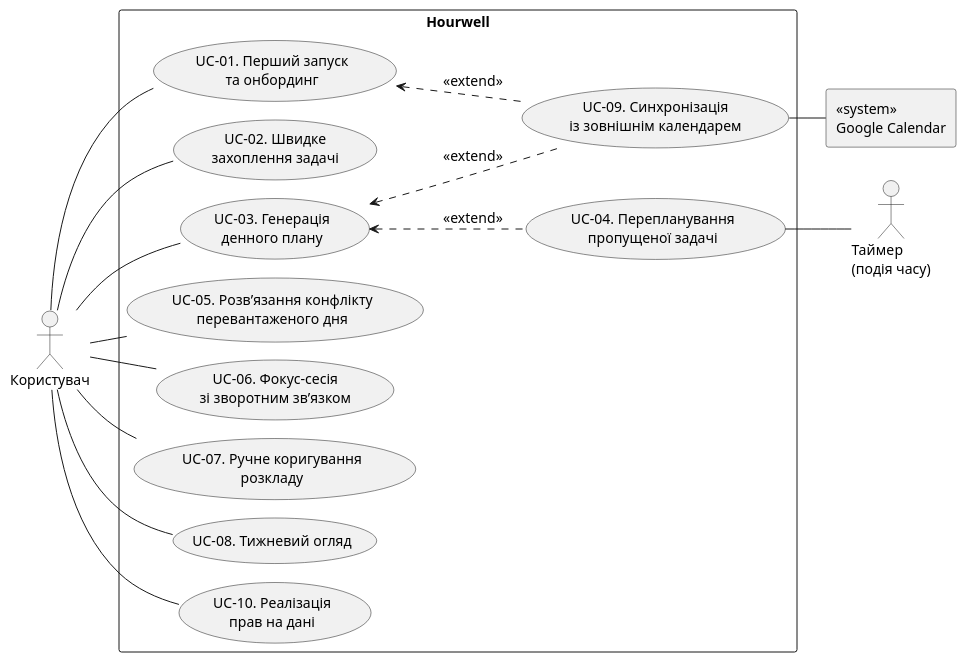
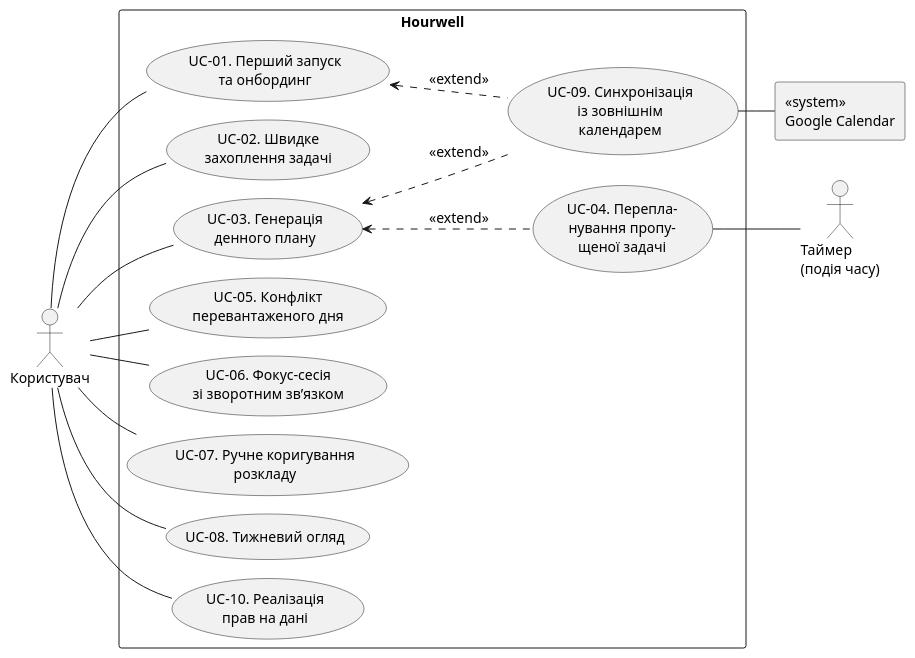
Before and after one commit to IKala4I/magister_work: the diagram in docs/thesis/text/diagrams/3-3-use-cases.puml, drawn with PlantUML. The commit also changed 4 other files, not shown here.

```diff
--- a/docs/thesis/text/diagrams/3-3-use-cases.puml
+++ b/docs/thesis/text/diagrams/3-3-use-cases.puml
@@ -1,54 +1,54 @@
 @startuml
 ' Рисунок 3.3 — Діаграма сценаріїв використання системи.
 ' Джерело: підрозділ 3.9 (UC-01…UC-10, назви дослівно) і текст плейсхолдера рисунка 3.3.
 ' Зв'язки — лише ті, що названо в тексті прямо: UC-03 «include» UC-09 і UC-04 «extend» UC-03
 ' (плейсхолдер рисунка 3.3). Інші можливі зв'язки (UC-01 → UC-03 через «перший план», UC-05 як
 ' розширення планування) — вивід, а не текст, тож їх немає (адверсарний прохід, 2026-09-29).
 ' Актори — за тригером кожного сценарію в 3.9: Користувач; «Система за першого відкриття…» (UC-03),
 ' «Час блоку минає без виконання» (UC-04) — Планувальник; «Вебхук Google Calendar…» (UC-09) і
 ' «опційне під’єднання Google Calendar» (UC-01) — Google Calendar.
 ' 2026-11-12 (зовнішня рецензія UML): внутрішній «Планувальник (система)» не може бути актором —
 ' подію часу («блок минає без виконання») подає актор «Таймер»; UC-03 ініціює Користувач; UC-09 —
 ' умовне розширення («extend») UC-03 і UC-01 (лише за під'єднаного календаря), а не «include»;
 ' Google Calendar — зовнішня система (прямокутник «system»); назви без «петлі прощення» й «як навчання».
 !pragma layout smetana
 skinparam defaultFontSize 14
 skinparam defaultFontName Arial
 skinparam monochrome true
 skinparam shadowing false
 left to right direction
 
 actor "Користувач" as U
 actor "Таймер\n(подія часу)" as T
 rectangle "«system»\nGoogle Calendar" as GC
 
 rectangle "Hourwell" {
   usecase "UC-01. Перший запуск\nта онбординг" as UC1
   usecase "UC-02. Швидке\nзахоплення задачі" as UC2
   usecase "UC-03. Генерація\nденного плану" as UC3
-  usecase "UC-04. Перепланування\nпропущеної задачі" as UC4
-  usecase "UC-05. Розв’язання конфлікту\nперевантаженого дня" as UC5
+  usecase "UC-04. Перепла-\nнування пропу-\nщеної задачі" as UC4
+  usecase "UC-05. Конфлікт\nперевантаженого дня" as UC5
   usecase "UC-06. Фокус-сесія\nзі зворотним зв’язком" as UC6
   usecase "UC-07. Ручне коригування\nрозкладу" as UC7
   usecase "UC-08. Тижневий огляд" as UC8
-  usecase "UC-09. Синхронізація\nіз зовнішнім календарем" as UC9
+  usecase "UC-09. Синхронізація\nіз зовнішнім\nкалендарем" as UC9
   usecase "UC-10. Реалізація\nправ на дані" as UC10
 }
 
 U -- UC1
 U -- UC2
 U -- UC3
 U -- UC5
 U -- UC6
 U -- UC7
 U -- UC8
 U -- UC10
 UC4 -- T
 UC9 -- GC
 
 ' напрям запису — від бази до розширення, щоб розширення стали правою колонкою біля своїх акторів;
 ' стрілка однаково вказує на базовий сценарій («extend» → база)
 UC3 <.. UC4 : <<extend>>
 UC3 <.. UC9 : <<extend>>
 UC1 <.. UC9 : <<extend>>
 @enduml
```
